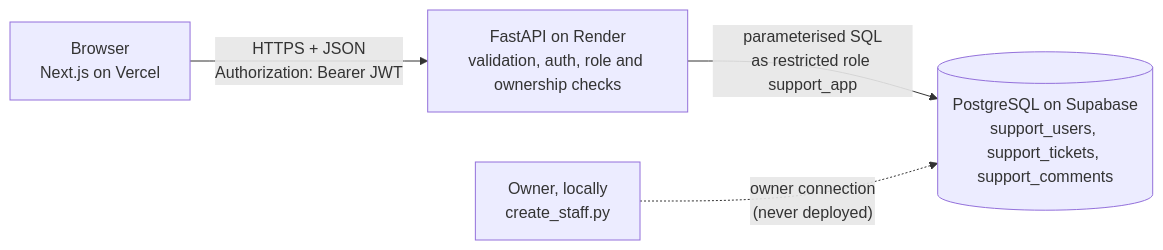
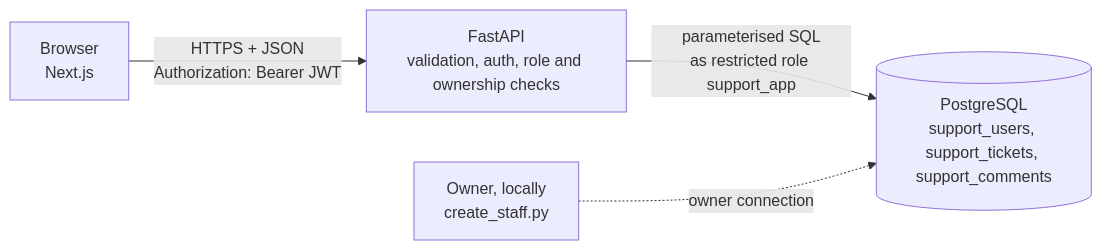
The first of 2 diagrams in README.md (quantamsage/helpdesk-hub), drawn with Mermaid before and after one commit. The commit also changed other lines of this file and 6 other files, not shown here.

````diff
--- a/README.md
+++ b/README.md
@@ -39,6 +38,6 @@
 ```mermaid
 flowchart LR
-    B["Browser<br/>Next.js on Vercel"] -- "HTTPS + JSON<br/>Authorization: Bearer JWT" --> A["FastAPI on Render<br/>validation, auth, role and ownership checks"]
-    A -- "parameterised SQL<br/>as restricted role support_app" --> D[("PostgreSQL on Supabase<br/>support_users, support_tickets, support_comments")]
-    O["Owner, locally<br/>create_staff.py"] -. "owner connection<br/>(never deployed)" .-> D
+    B["Browser<br/>Next.js"] -- "HTTPS + JSON<br/>Authorization: Bearer JWT" --> A["FastAPI<br/>validation, auth, role and ownership checks"]
+    A -- "parameterised SQL<br/>as restricted role support_app" --> D[("PostgreSQL<br/>support_users, support_tickets, support_comments")]
+    O["Owner, locally<br/>create_staff.py"] -. "owner connection" .-> D
 ```
````
